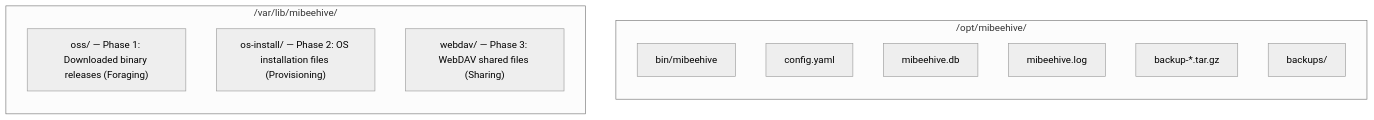
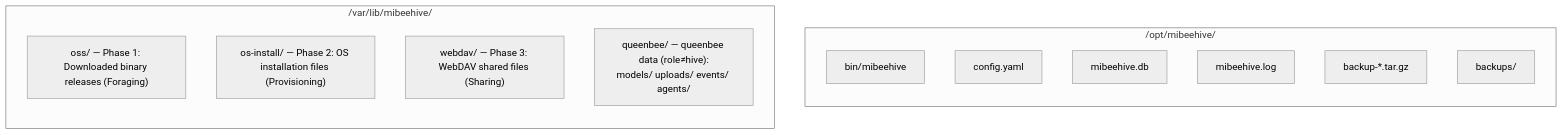
The diagram in mibeehive/en-US/deployment.md (Mi-Bee-Studio/mibee-docs), drawn with Mermaid (neutral theme) before and after one commit. The commit also changed other lines of this file and 5 other files, not shown here.

````diff
--- a/mibeehive/en-US/deployment.md
+++ b/mibeehive/en-US/deployment.md
@@ -39,18 +39,19 @@
 ```mermaid
 flowchart TB
   subgraph OPT["/opt/mibeehive/"]
     direction TB
     BIN["bin/mibeehive"]
     CFG["config.yaml"]
     DB["mibeehive.db"]
     LOG["mibeehive.log"]
     BAK["backup-*.tar.gz"]
     BKD["backups/"]
   end
   subgraph VAR["/var/lib/mibeehive/"]
     direction TB
     OSS["oss/ — Phase 1: Downloaded binary releases (Foraging)"]
     OSI["os-install/ — Phase 2: OS installation files (Provisioning)"]
     WDV["webdav/ — Phase 3: WebDAV shared files (Sharing)"]
+    QBEE["queenbee/ — queenbee data (role≠hive):<br/>models/ uploads/ events/ agents/"]
   end
 ```
````
